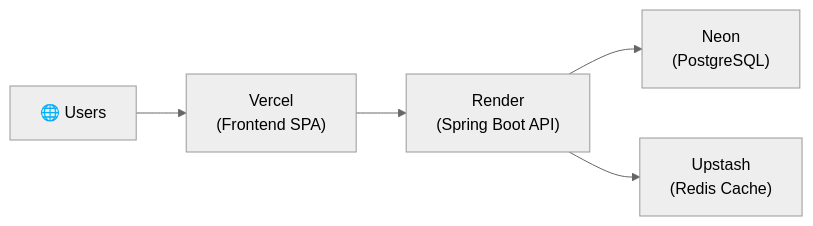
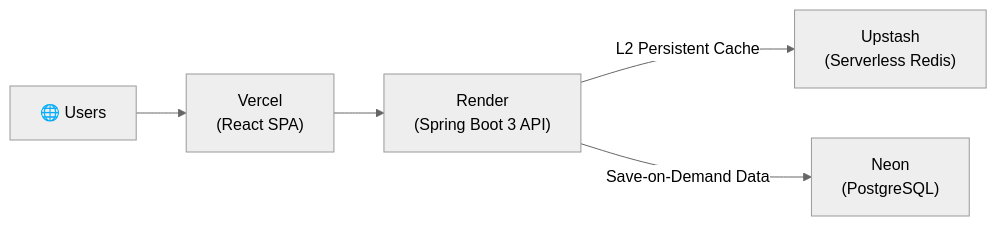
Before and after one commit to riddhibworks/HiredAI: the diagram in README.md, drawn with Mermaid (neutral theme). The commit also changed other lines of this file, not shown here.

Commit message:
docs: update README with two-tier Redis caching, save-on-demand architecture, and saved/applied filter tabs

````diff
--- a/README.md
+++ b/README.md
@@ -70,7 +83,7 @@
 ```mermaid
-graph LR
-    A["🌐 Users"] --> B["Vercel<br/>(Frontend SPA)"]
-    B --> C["Render<br/>(Spring Boot API)"]
-    C --> D["Neon<br/>(PostgreSQL)"]
-    C --> E["Upstash<br/>(Redis Cache)"]
+flowchart LR
+    A["🌐 Users"] --> B["Vercel<br/>(React SPA)"]
+    B --> C["Render<br/>(Spring Boot 3 API)"]
+    C -->|L2 Persistent Cache| E["Upstash<br/>(Serverless Redis)"]
+    C -->|Save-on-Demand Data| D["Neon<br/>(PostgreSQL)"]
 ```
````
